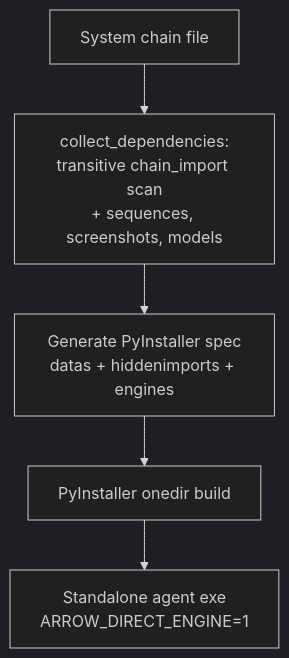
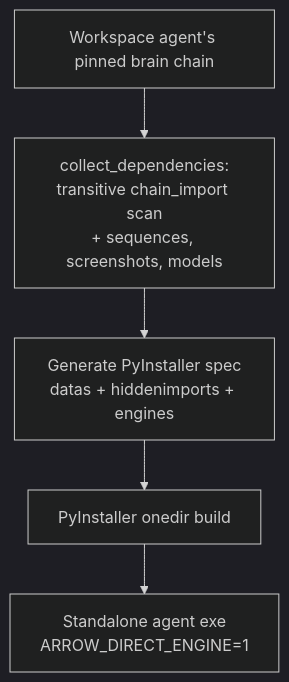
One commit to RodrigoBenitez343/Arrow changed diagram 21 of 21 in LoOper/README.MD. Above: the diagram before and after it, drawn with Mermaid (dark theme). The commit also changed other lines of this file and 299 other files, not shown here.

Commit message:
node wires patches + web sequences dedup fix

````diff
--- a/LoOper/README.MD
+++ b/LoOper/README.MD
@@ -892,7 +949,7 @@
 ```mermaid
 flowchart TB
-    Root["System chain file"] --> Collect["collect_dependencies:<br/>transitive chain_import scan<br/>+ sequences, screenshots, models"]
+    Root["Workspace agent's pinned brain chain"] --> Collect["collect_dependencies:<br/>transitive chain_import scan<br/>+ sequences, screenshots, models"]
     Collect --> Spec["Generate PyInstaller spec<br/>datas + hiddenimports + engines"]
     Spec --> Build["PyInstaller onedir build"]
     Build --> Agent["Standalone agent exe<br/>ARROW_DIRECT_ENGINE=1"]
 ```
````
